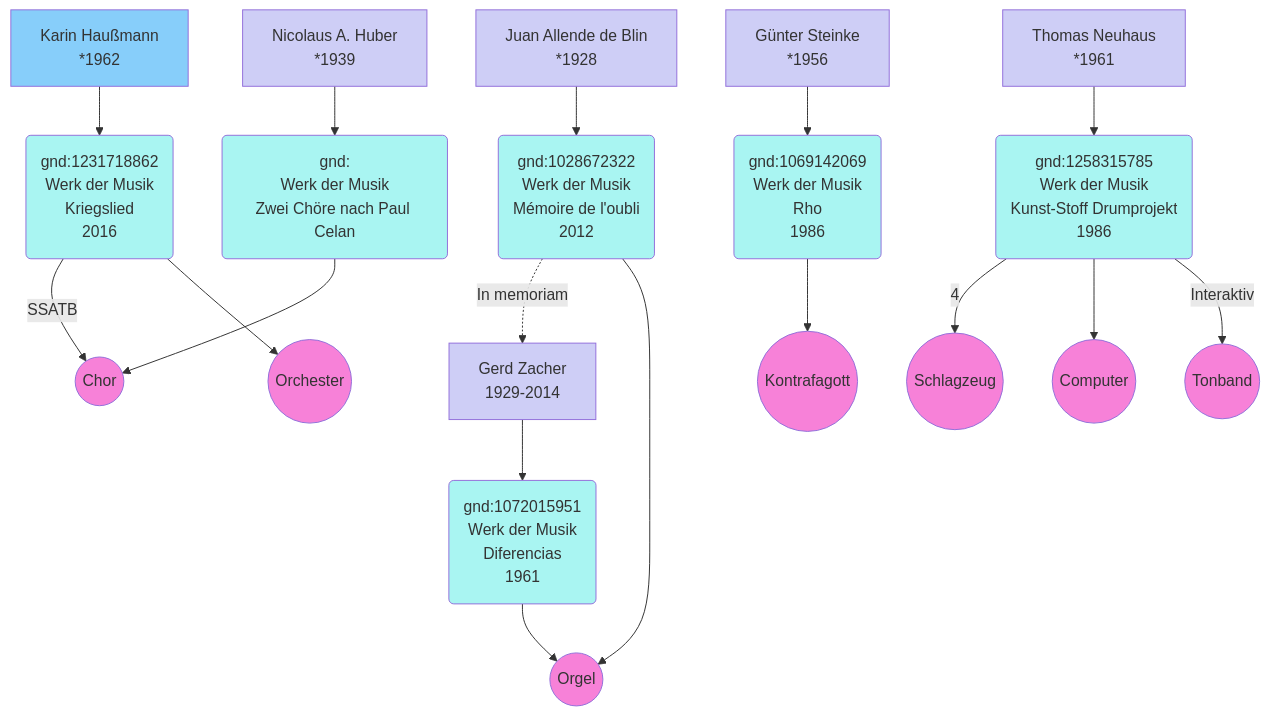
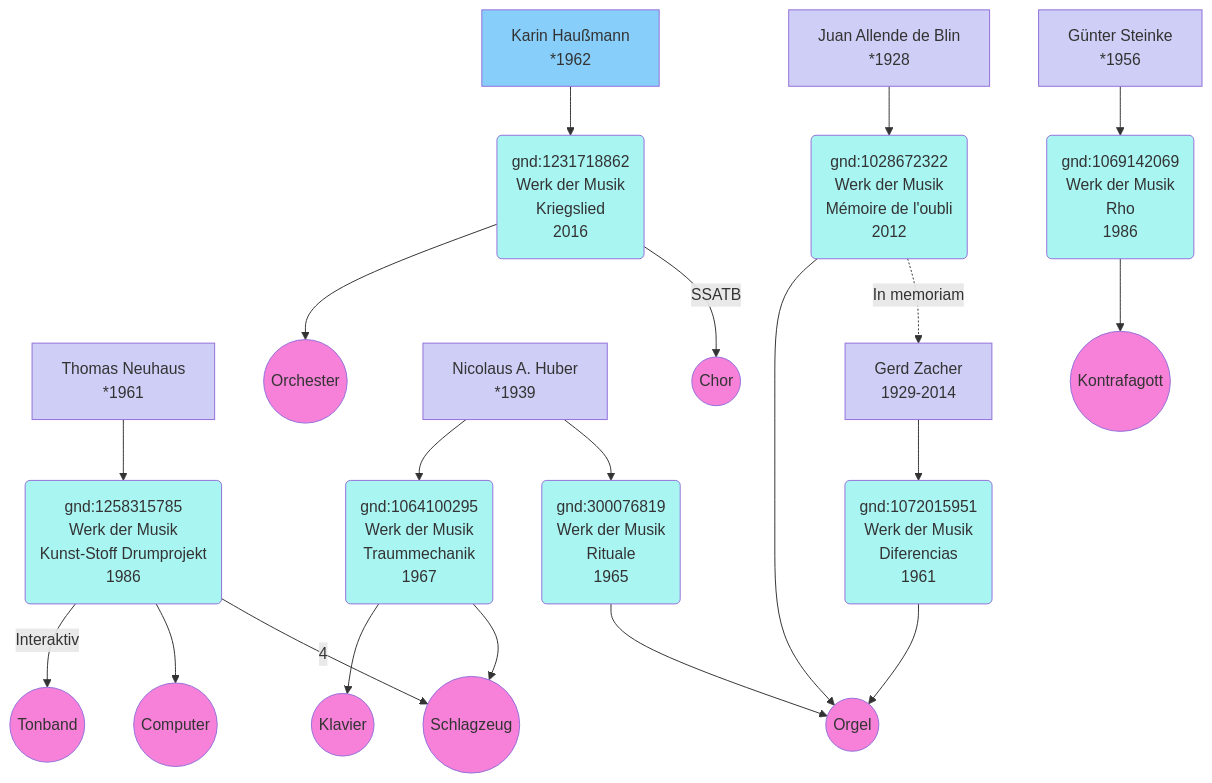
The second of 2 diagrams in kir_v1.0.md (dinathelibrarian/KIR), drawn with Mermaid before and after one commit.

````diff
--- a/kir_v1.0.md
+++ b/kir_v1.0.md
@@ -36,42 +36,46 @@
 ```mermaid
 flowchart
 classDef Werk fill:#A9F5F2;
 classDef Person_w fill:#87CEFA;
 classDef Ort fill:#A9A9F5;
 classDef Besetzung fill:#F781D8;
 classDef Person_m fill:#CECEF6;
 classDef Institution fill:#FE9A2E;
 a_de-blin[Juan Allende de Blin<br>*1928]:::Person_m;
 g_steinke[Günter Steinke<br>*1956]:::Person_m;
 th_neuhaus[Thomas Neuhaus<br>*1961]:::Person_m;
 g_zacher[Gerd Zacher<br>1929-2014]:::Person_m;
 k_haussmann[Karin Haußmann<br>*1962]:::Person_w;
 na_huber[Nicolaus A. Huber<br>*1939]:::Person_m;
 
 deblin_2012_memoire(gnd:1028672322<br>Werk der Musik<br>Mémoire de l'oubli<br>2012):::Werk -.->|In memoriam| g_zacher
 neuhaus_1989_kunststoff(gnd:1258315785<br>Werk der Musik<br>Kunst-Stoff Drumprojekt<br>1986):::Werk
 haussmann_2016_kriegslied(gnd:1231718862<br>Werk der Musik<br>Kriegslied<br>2016):::Werk
 steinke_1986_rho(gnd:1069142069<br>Werk der Musik<br>Rho<br>1986):::Werk
 zacher_1961_diferencias(gnd:1072015951<br>Werk der Musik<br>Diferencias<br>1961):::Werk
-huber_1965_choerecelan(gnd:<br>Werk der Musik<br>Zwei Chöre nach Paul Celan):::Werk
+huber_1965_rituale(gnd:300076819<br>Werk der Musik<br>Rituale<br>1965):::Werk
+huber_1967_traummechanik(gnd:1064100295<br>Werk der Musik<br>Traummechanik<br>1967):::Werk
 
 Besetzung_Chor((Chor)):::Besetzung
 Besetzung_Orchester((Orchester)):::Besetzung
 Besetzung_Kontrafagott((Kontrafagott)):::Besetzung
 Besetzung_Orgel((Orgel)):::Besetzung
 Besetzung_Schlagzeug((Schlagzeug)):::Besetzung
 Besetzung_Tonband((Tonband)):::Besetzung
 Besetzung_Computer((Computer)):::Besetzung
+Besetzung_Klavier((Klavier)):::Besetzung
 
 a_de-blin -->deblin_2012_memoire --> Besetzung_Orgel
 g_steinke --> steinke_1986_rho --> Besetzung_Kontrafagott
 g_zacher --> zacher_1961_diferencias --> Besetzung_Orgel
 th_neuhaus -->neuhaus_1989_kunststoff
 	neuhaus_1989_kunststoff -->|4| Besetzung_Schlagzeug((Schlagzeug)):::Besetzung
 	neuhaus_1989_kunststoff --> Besetzung_Computer((Computer)):::Besetzung
 	neuhaus_1989_kunststoff -->|Interaktiv| Besetzung_Tonband((Tonband)):::Besetzung
 k_haussmann --> haussmann_2016_kriegslied
 	haussmann_2016_kriegslied -->|SSATB| Besetzung_Chor
 	haussmann_2016_kriegslied --> Besetzung_Orchester 
-na_huber --> huber_1965_choerecelan --> Besetzung_Chor
+na_huber --> huber_1965_rituale --> Besetzung_Orgel
+na_huber --> huber_1967_traummechanik --> Besetzung_Schlagzeug
+huber_1967_traummechanik --> Besetzung_Klavier
 ```
````
